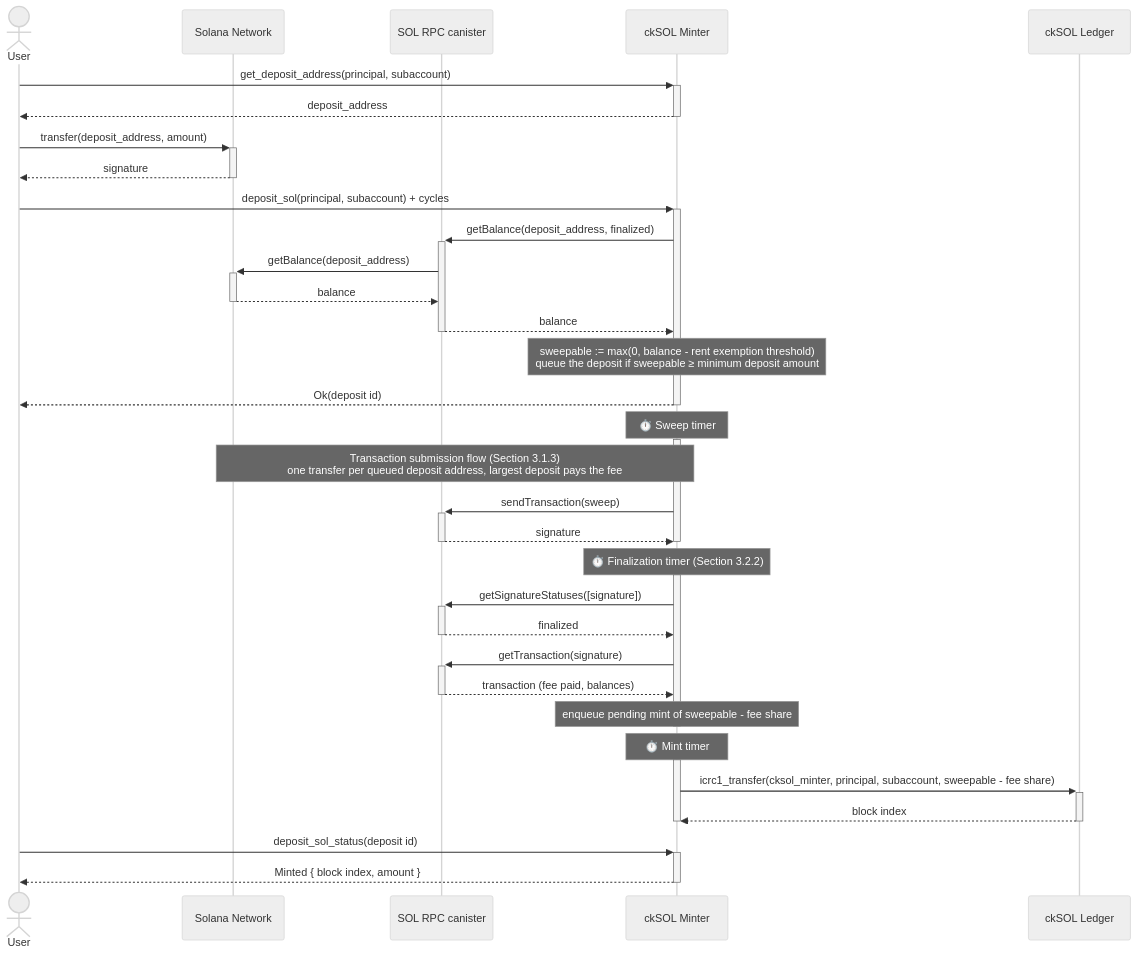
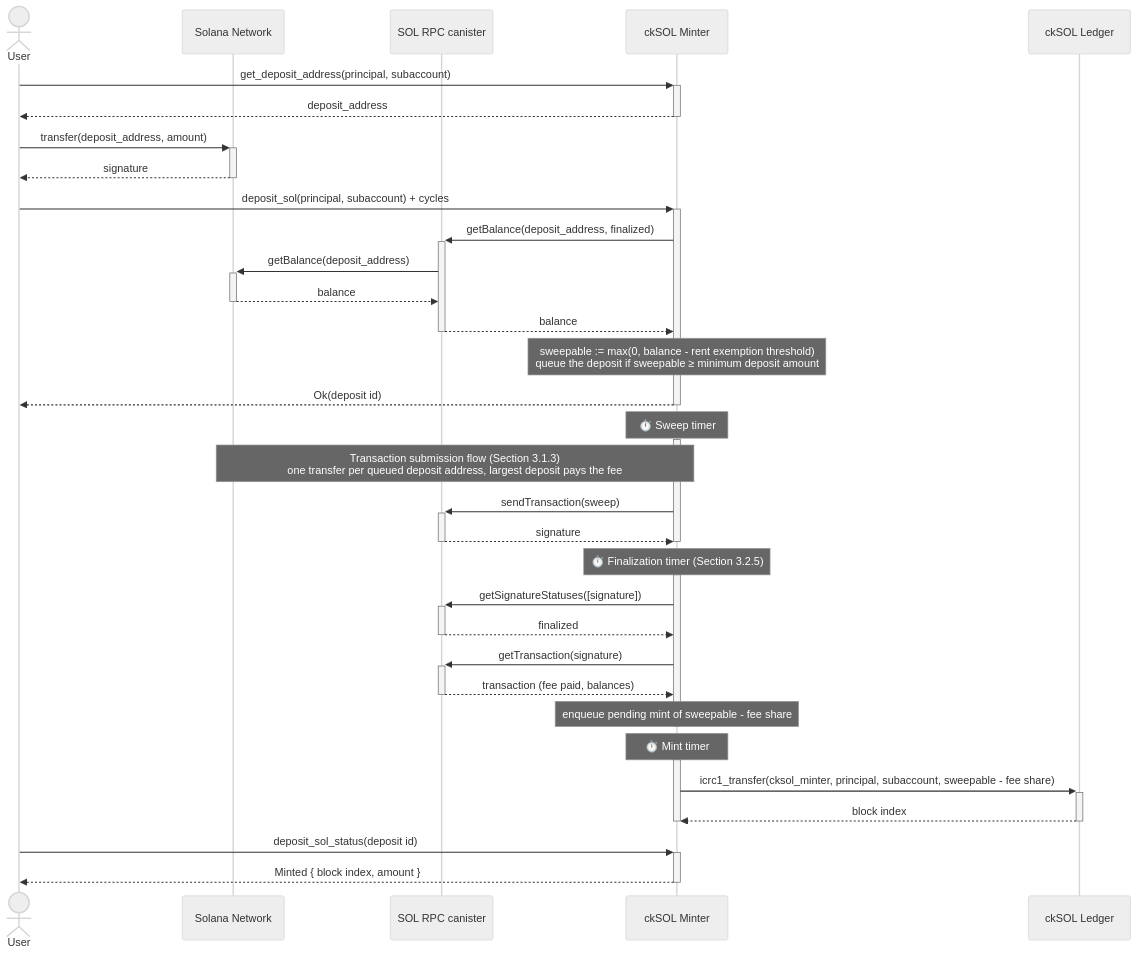
Before and after one commit to dfinity/cksol: the third of 8 diagrams in docs/design.md, drawn with Mermaid (neutral theme). The commit also changed other lines of this file, not shown here.

````diff
--- a/docs/design.md
+++ b/docs/design.md
@@ -197,45 +197,45 @@
 ```mermaid
 sequenceDiagram
     actor User
     participant Solana as Solana Network
     participant RPC as SOL RPC canister
     participant Minter as ckSOL Minter
     participant Ledger as ckSOL Ledger
 
     User->>+Minter: get_deposit_address(principal, subaccount)
     Minter-->>-User: deposit_address
     User->>+Solana: transfer(deposit_address, amount)
     Solana-->>-User: signature
     User->>+Minter: deposit_sol(principal, subaccount) + cycles
     Minter->>+RPC: getBalance(deposit_address, finalized)
     RPC->>+Solana: getBalance(deposit_address)
     Solana-->>-RPC: balance
     RPC-->>-Minter: balance
     Note over Minter: sweepable := max(0, balance - rent exemption threshold)<br/>queue the deposit if sweepable ≥ minimum deposit amount
     Minter-->>-User: Ok(deposit id)
 
     Note over Minter: ⏱️ Sweep timer
     activate Minter
     Note over Solana,Minter: Transaction submission flow (Section 3.1.3)<br/>one transfer per queued deposit address, largest deposit pays the fee
     Minter->>+RPC: sendTransaction(sweep)
     RPC-->>-Minter: signature
     deactivate Minter
 
-    Note over Minter: ⏱️ Finalization timer (Section 3.2.2)
+    Note over Minter: ⏱️ Finalization timer (Section 3.2.5)
     activate Minter
     Minter->>+RPC: getSignatureStatuses([signature])
     RPC-->>-Minter: finalized
     Minter->>+RPC: getTransaction(signature)
     RPC-->>-Minter: transaction (fee paid, balances)
     Note over Minter: enqueue pending mint of sweepable - fee share
     deactivate Minter
 
     Note over Minter: ⏱️ Mint timer
     activate Minter
     Minter->>+Ledger: icrc1_transfer(cksol_minter, principal, subaccount, sweepable - fee share)
     Ledger-->>-Minter: block index
     deactivate Minter
 
     User->>+Minter: deposit_sol_status(deposit id)
     Minter-->>-User: Minted { block index, amount }
 ```
````
